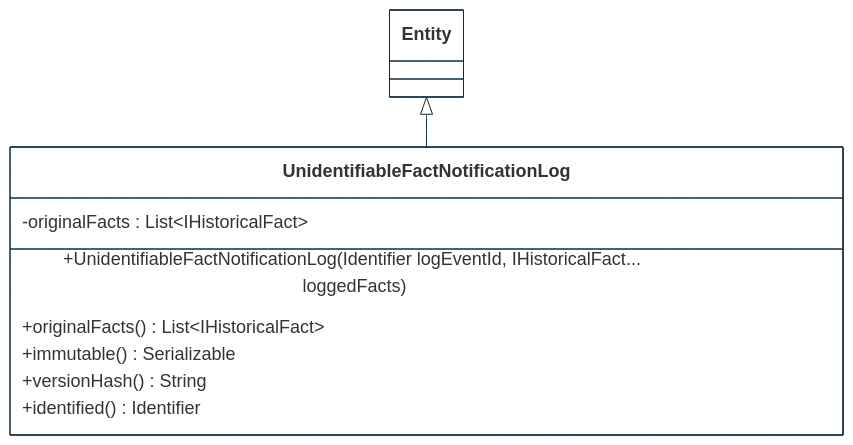
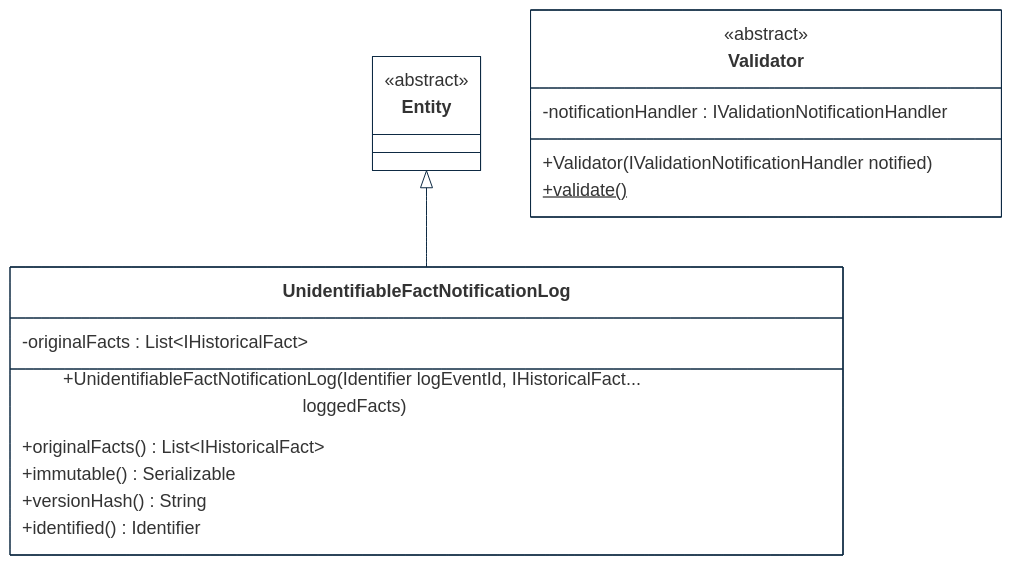
Before and after one commit to cybnity/foundation: the third of 8 diagrams in implementations-line/framework/domain/designview-packages.md, drawn with Mermaid.

````diff
--- a/implementations-line/framework/domain/designview-packages.md
+++ b/implementations-line/framework/domain/designview-packages.md
@@ -171,31 +171,40 @@
 ```mermaid
 %%{
   init: {
     'theme': 'base',
     'themeVariables': {
         'background': '#ffffff',
         'fontFamily': 'arial',
         'fontSize': '18px',
         'primaryColor': '#fff',
         'primaryBorderColor': '#0e2a43',
         'secondaryBorderColor': '#0e2a43',
         'tertiaryBorderColor': '#0e2a43',
         'edgeLabelBackground':'#0e2a43',
         'lineColor': '#0e2a43',
         'tertiaryColor': '#fff'
     }
   }
 }%%
 classDiagram
     Entity <|-- UnidentifiableFactNotificationLog
 
     class UnidentifiableFactNotificationLog {
         -originalFacts : List~IHistoricalFact~
         +UnidentifiableFactNotificationLog(Identifier logEventId, IHistoricalFact... loggedFacts)
         +originalFacts() List~IHistoricalFact~
         +immutable() Serializable
         +versionHash() String
         +identified() Identifier
     }
+    class Entity {
+        <<abstract>>
+    }
+    class Validator {
+        <<abstract>>
+        -notificationHandler : IValidationNotificationHandler
+        +Validator(IValidationNotificationHandler notified)
+        +validate()$
+    }
 
 ```
````
